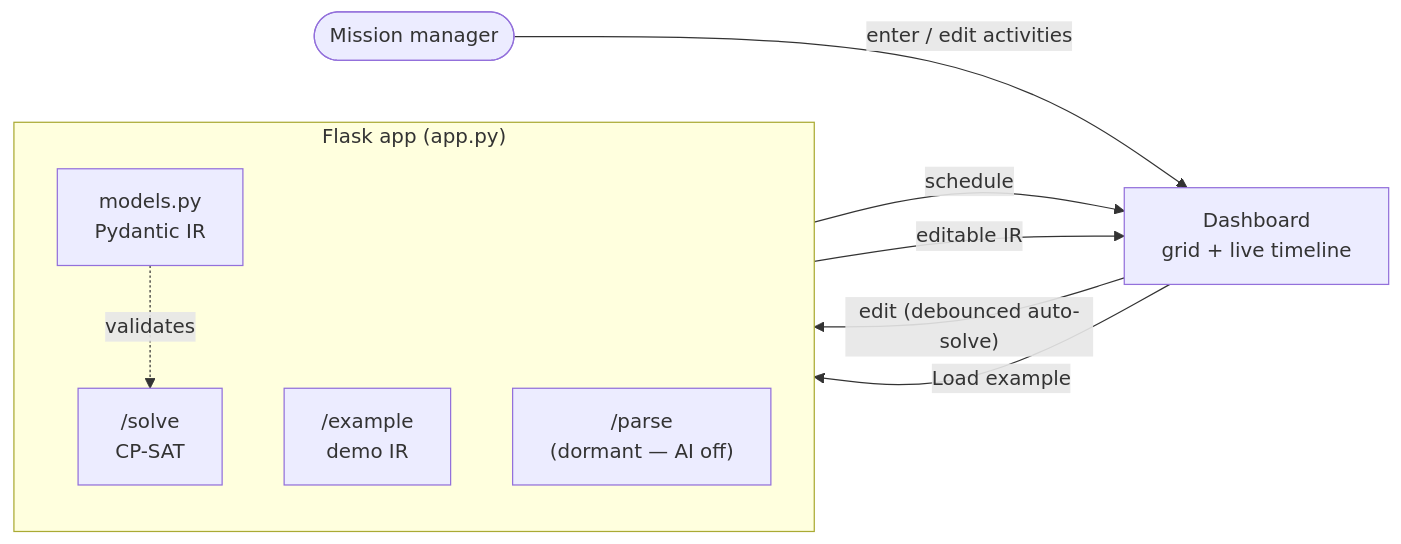
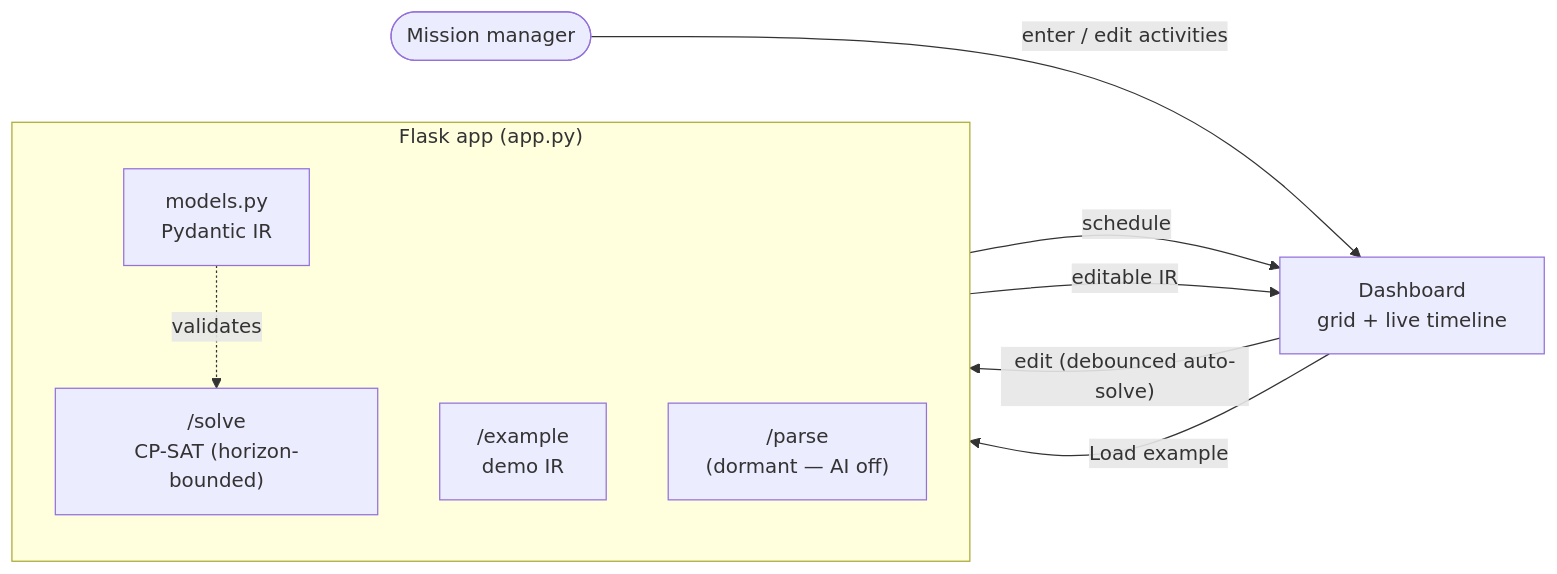
The diagram in README.md (henryqpham/CP-SAT-PROJECT), drawn with Mermaid before and after one commit. The commit also changed other lines of this file and 5 other files, not shown here.

````diff
--- a/README.md
+++ b/README.md
@@ -60,16 +64,16 @@
 ```mermaid
 flowchart LR
     U(["Mission manager"]) -->|enter / edit activities| FE["Dashboard<br/>grid + live timeline"]
 
     subgraph FLASK["Flask app (app.py)"]
         direction TB
-        SOLVE["/solve<br/>CP-SAT"]
+        SOLVE["/solve<br/>CP-SAT (horizon-bounded)"]
         EXAMPLE["/example<br/>demo IR"]
         MODELS["models.py<br/>Pydantic IR"]
         PARSE["/parse<br/>(dormant — AI off)"]
     end
 
     FE -->|"edit (debounced auto-solve)"| SOLVE -->|schedule| FE
     FE -->|"Load example"| EXAMPLE -->|editable IR| FE
     MODELS -.validates.-> SOLVE
 ```
````
